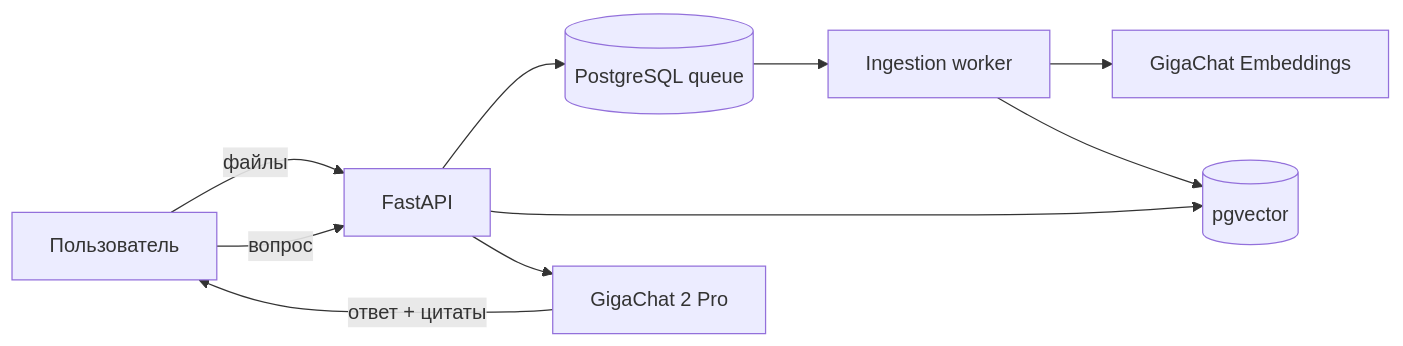
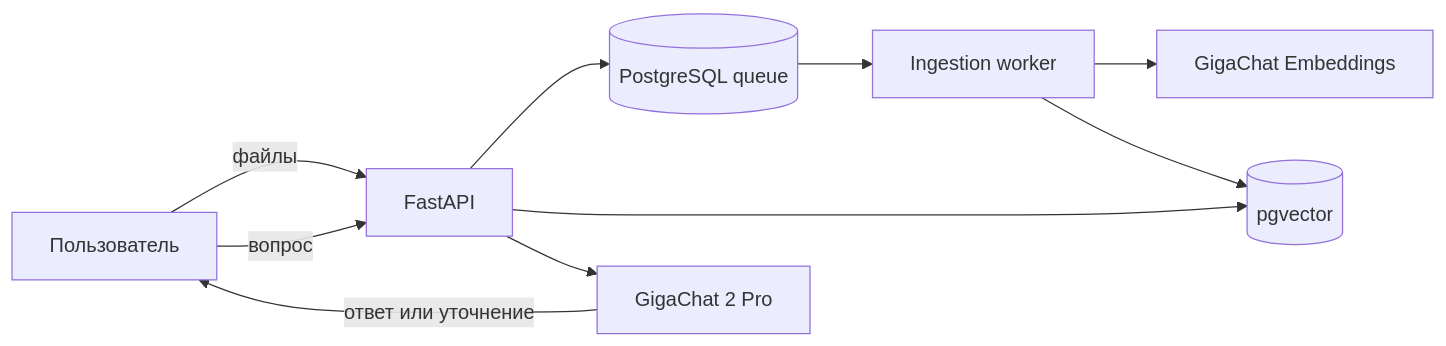
One commit to TBWTK/corporate-rag changed the diagram in README.md. Above: the diagram before and after it, drawn with Mermaid. The commit also changed other lines of this file and 40 other files, not shown here.

````diff
--- a/README.md
+++ b/README.md
@@ -14,12 +15,12 @@
 ```mermaid
 flowchart LR
   U[Пользователь] -->|файлы| API[FastAPI]
   API --> Q[(PostgreSQL queue)]
   Q --> W[Ingestion worker]
   W --> E[GigaChat Embeddings]
   W --> V[(pgvector)]
   U -->|вопрос| API
   API --> V
   API --> G[GigaChat 2 Pro]
-  G -->|ответ + цитаты| U
+  G -->|ответ или уточнение| U
 ```
````
